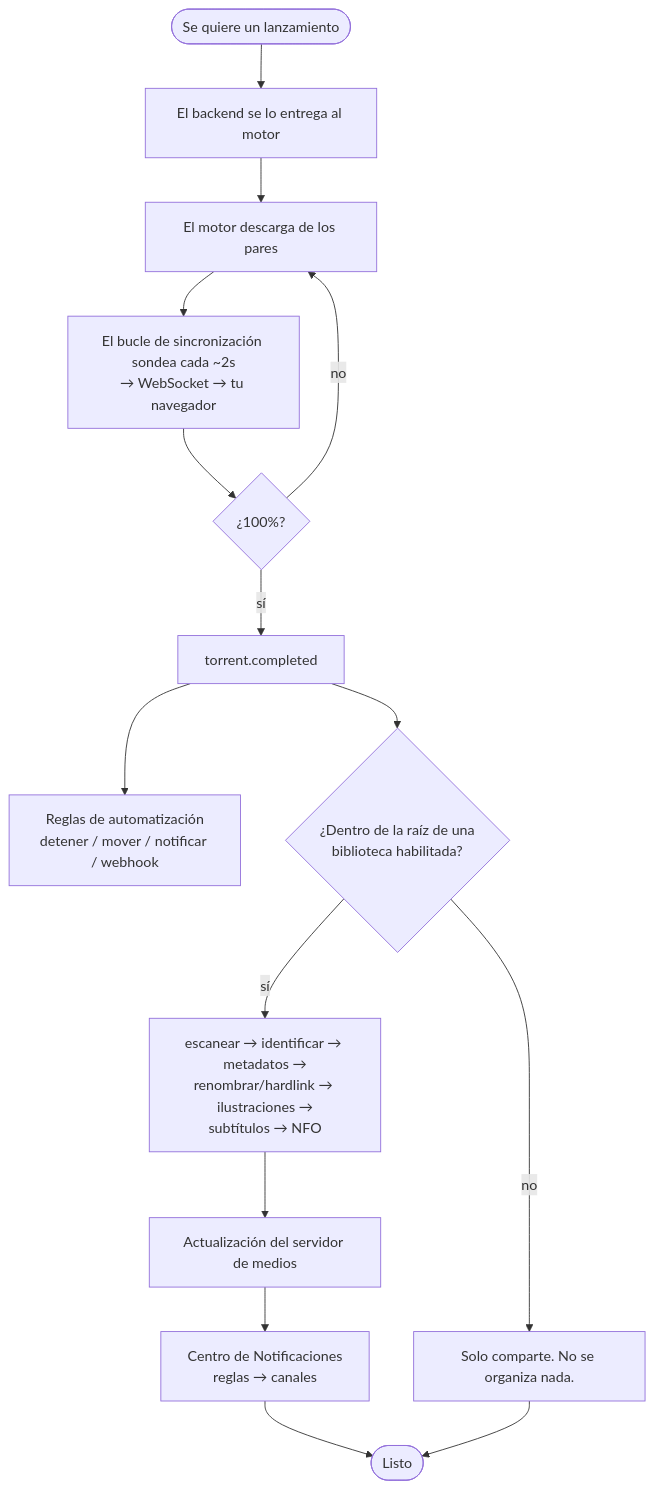
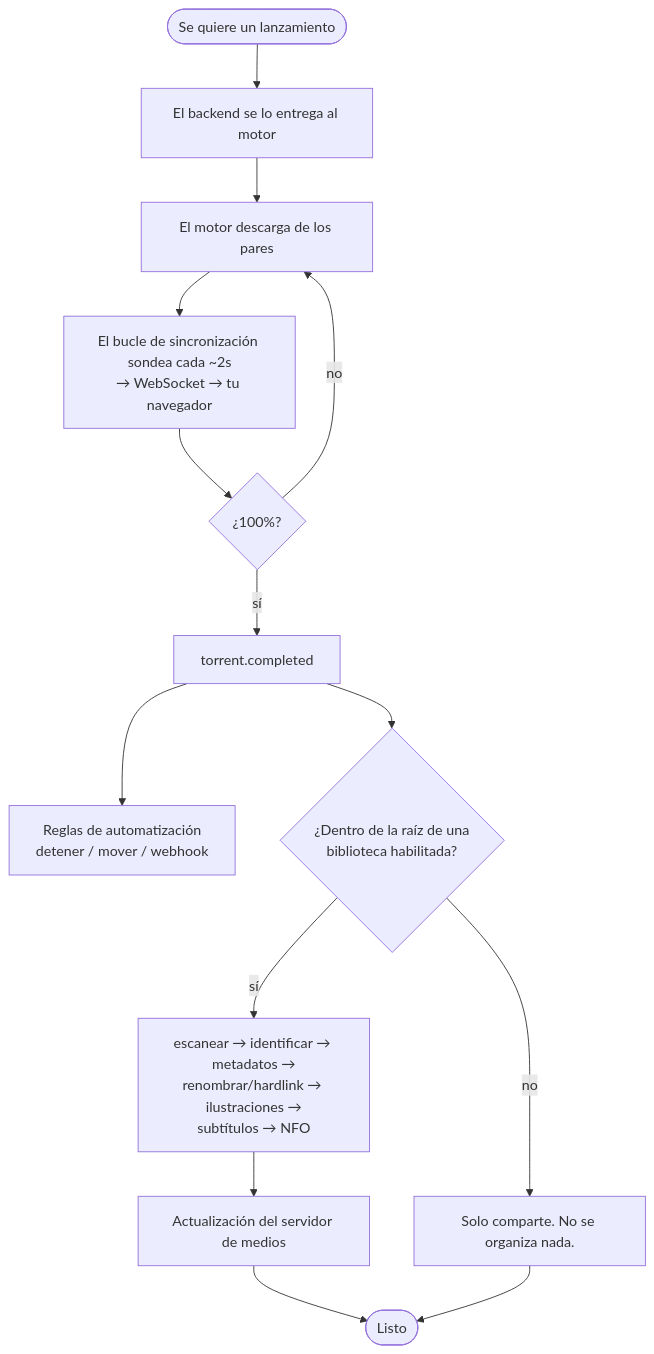
One commit to damirabal/ultratorrent-core changed the fourth of 4 diagrams in website/i18n/es-PR/docusaurus-plugin-content-docs/current/learn/architecture-overview.md. Above: the diagram before and after it, drawn with Mermaid. The commit also changed other lines of this file and 63 other files, not shown here.

````diff
--- a/website/i18n/es-PR/docusaurus-plugin-content-docs/current/learn/architecture-overview.md
+++ b/website/i18n/es-PR/docusaurus-plugin-content-docs/current/learn/architecture-overview.md
@@ -306,17 +297,16 @@
 ```mermaid
 flowchart TB
   START(["Se quiere un lanzamiento"]) --> ADD["El backend se lo entrega al motor"]
   ADD --> DL["El motor descarga de los pares"]
   DL --> SYNC["El bucle de sincronización sondea cada ~2s<br/>→ WebSocket → tu navegador"]
   SYNC --> DONE{"¿100%?"}
   DONE -->|"no"| DL
   DONE -->|"sí"| EVT["torrent.completed"]
-  EVT --> AUTO["Reglas de automatización<br/>detener / mover / notificar / webhook"]
+  EVT --> AUTO["Reglas de automatización<br/>detener / mover / webhook"]
   EVT --> PIPE{"¿Dentro de la raíz de una<br/>biblioteca habilitada?"}
   PIPE -->|"no"| SEED["Solo comparte. No se organiza nada."]
   PIPE -->|"sí"| ORG["escanear → identificar → metadatos →<br/>renombrar/hardlink → ilustraciones →<br/>subtítulos → NFO"]
   ORG --> REF["Actualización del servidor de medios"]
-  REF --> NOTIF["Centro de Notificaciones<br/>reglas → canales"]
-  NOTIF --> END(["Listo"])
+  REF --> END(["Listo"])
   SEED --> END
 ```
````
